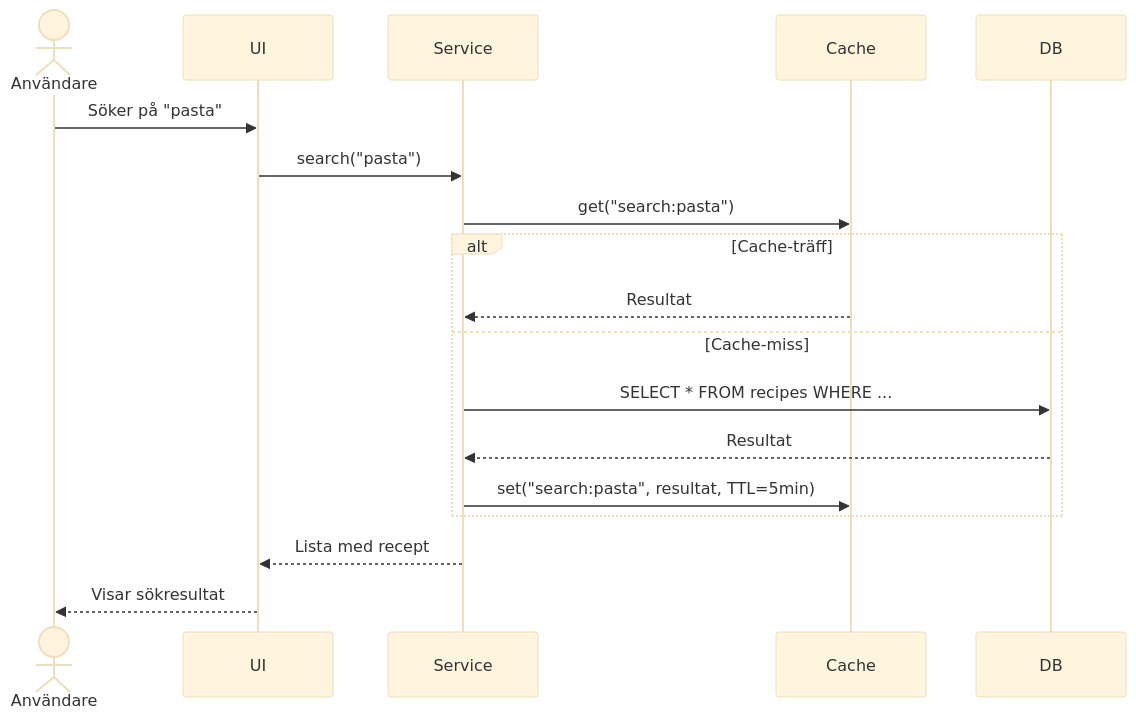
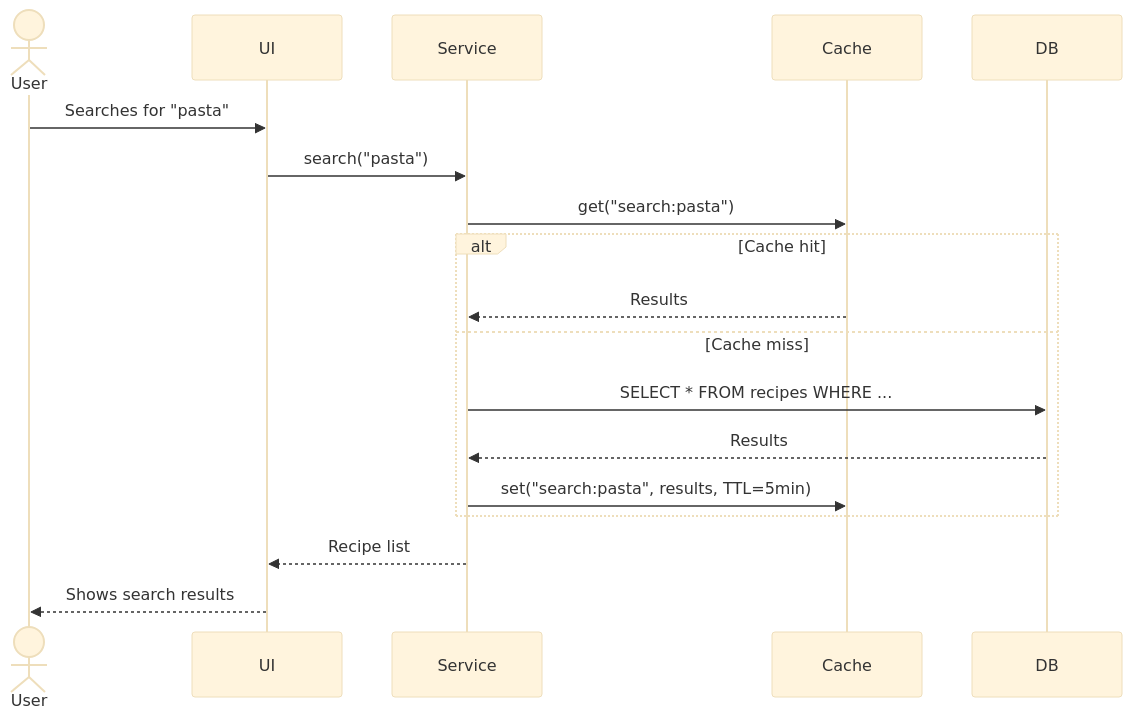
Before and after one commit to HansJoakimPersson/clarity-framework: the third of 3 diagrams in templates/03-sad.md, drawn with Mermaid (base theme). The commit also changed other lines of this file and 55 other files, not shown here.

````diff
--- a/templates/03-sad.md
+++ b/templates/03-sad.md
@@ -108,21 +110,21 @@
 ```mermaid
 sequenceDiagram
-    actor Användare
+    actor User
     participant UI
     participant Service
     participant Cache
     participant DB
 
-    Användare->>UI: Söker på "pasta"
+    User->>UI: Searches for "pasta"
     UI->>Service: search("pasta")
     Service->>Cache: get("search:pasta")
-    alt Cache-träff
-        Cache-->>Service: Resultat
-    else Cache-miss
+    alt Cache hit
+        Cache-->>Service: Results
+    else Cache miss
         Service->>DB: SELECT * FROM recipes WHERE ...
-        DB-->>Service: Resultat
-        Service->>Cache: set("search:pasta", resultat, TTL=5min)
+        DB-->>Service: Results
+        Service->>Cache: set("search:pasta", results, TTL=5min)
     end
-    Service-->>UI: Lista med recept
-    UI-->>Användare: Visar sökresultat
+    Service-->>UI: Recipe list
+    UI-->>User: Shows search results
 ```
````
